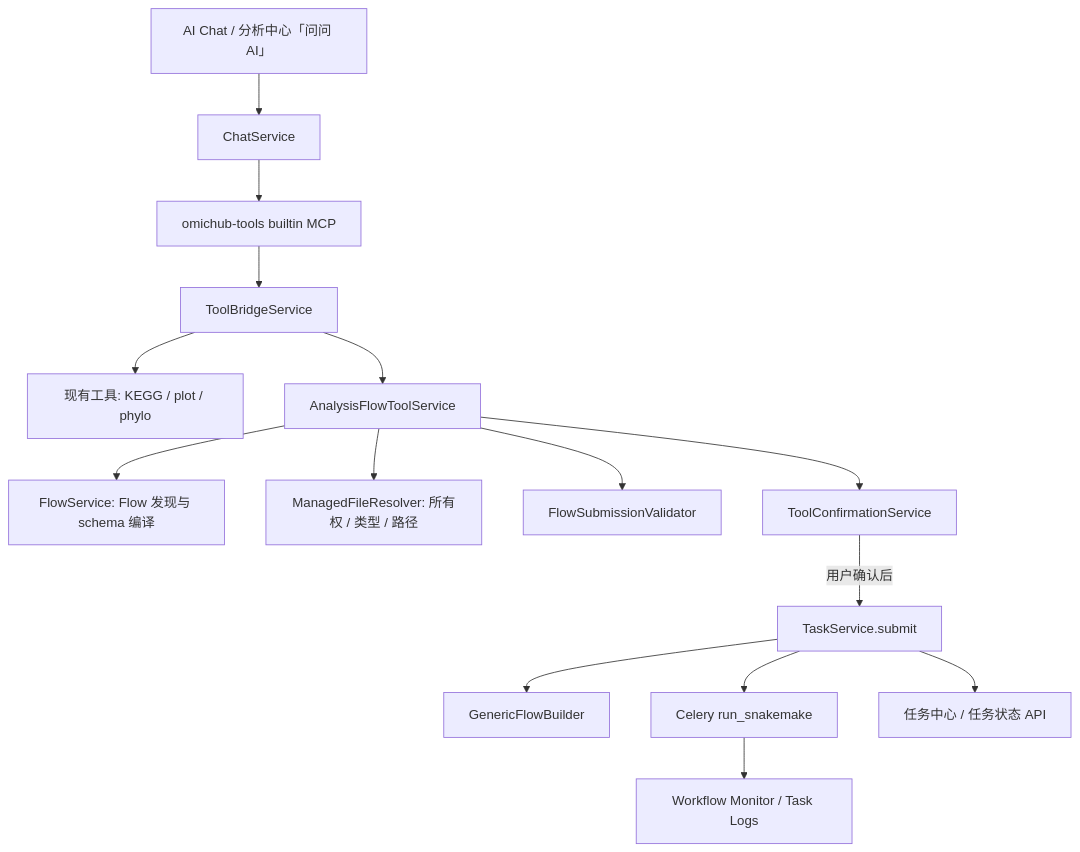
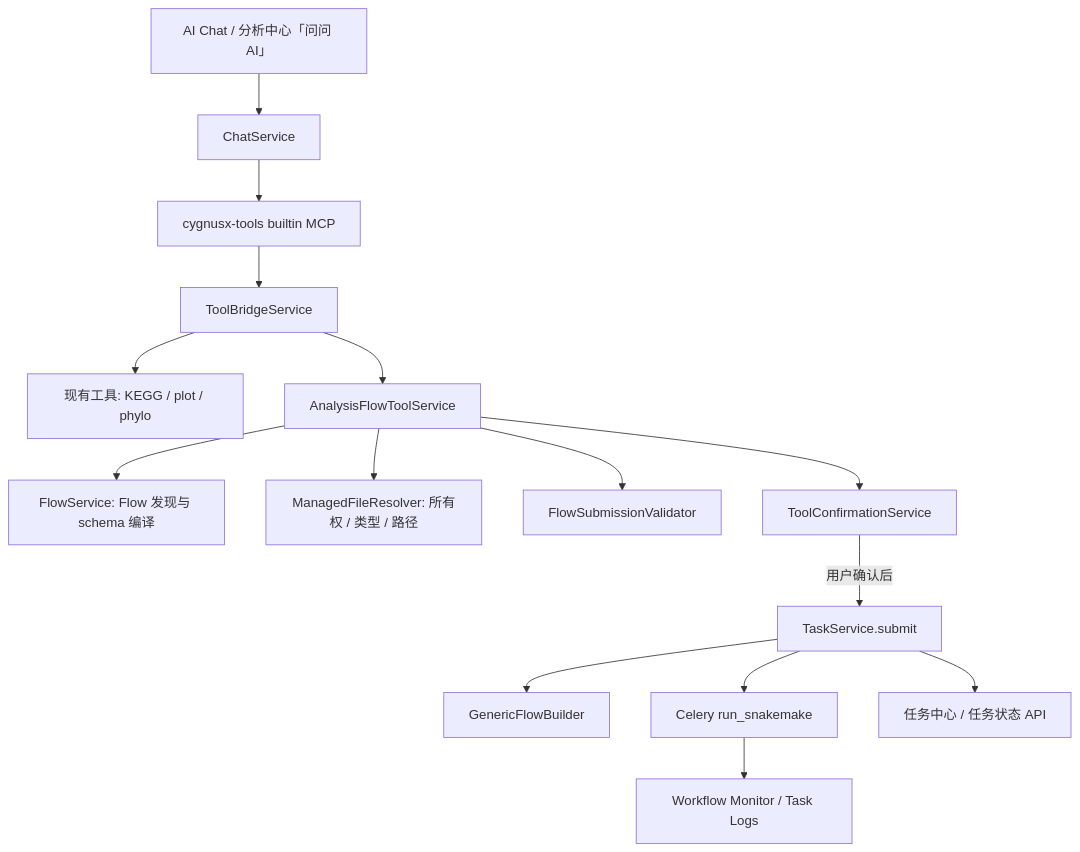
One commit to CygnusX-Labs/CygnusX changed the second of 2 diagrams in flows/flows_design.md. Above: the diagram before and after it, drawn with Mermaid. The commit also changed other lines of this file and 2091 other files, not shown here.

````diff
--- a/flows/flows_design.md
+++ b/flows/flows_design.md
@@ -265,19 +265,19 @@
 ```mermaid
 flowchart TB
     UI[AI Chat / 分析中心「问问 AI」] --> Chat[ChatService]
-    Chat --> MCP[omichub-tools builtin MCP]
+    Chat --> MCP[cygnusx-tools builtin MCP]
     MCP --> Bridge[ToolBridgeService]
 
     Bridge --> Static[现有工具: KEGG / plot / phylo]
     Bridge --> FlowAdapter[AnalysisFlowToolService]
 
     FlowAdapter --> Discovery[FlowService: Flow 发现与 schema 编译]
     FlowAdapter --> FileResolver[ManagedFileResolver: 所有权 / 类型 / 路径]
     FlowAdapter --> Validator[FlowSubmissionValidator]
     FlowAdapter --> Confirm[ToolConfirmationService]
     Confirm -->|用户确认后| Submit[TaskService.submit]
     Submit --> Builder[GenericFlowBuilder]
     Submit --> Celery[Celery run_snakemake]
     Celery --> Monitor[Workflow Monitor / Task Logs]
     Submit --> TaskAPI[任务中心 / 任务状态 API]
 ```
````
